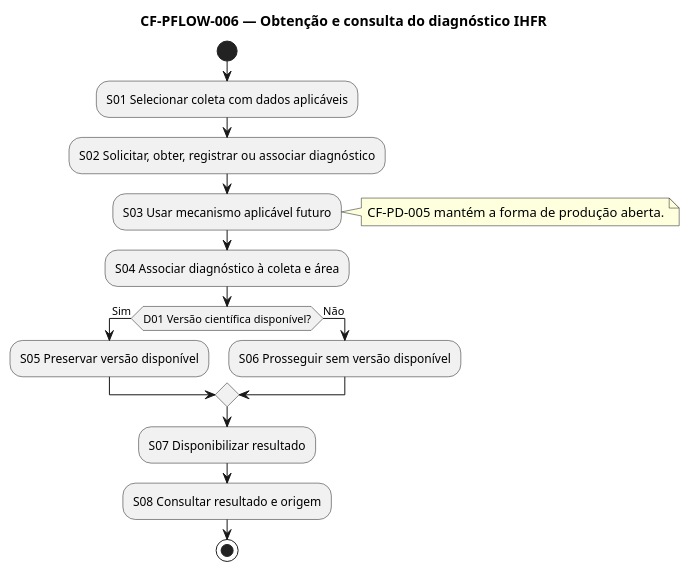
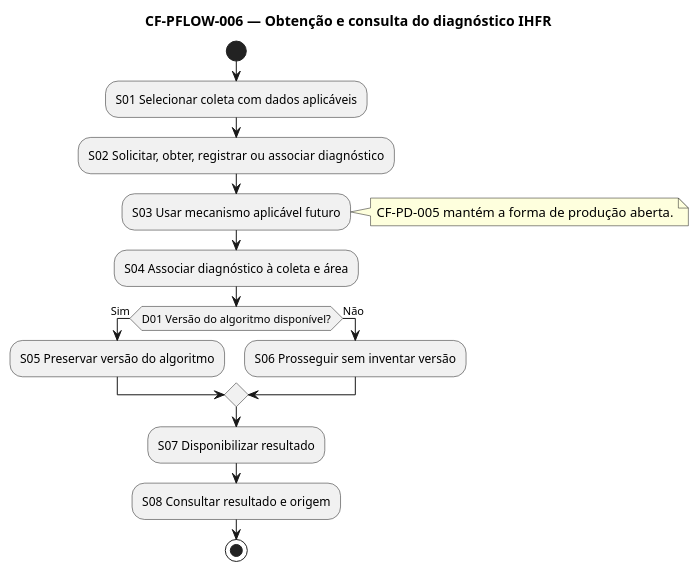
The sixth of 7 diagrams in docs/code-first-prd/diagrams/plantuml/product-flows.puml (PedroVitor237/HidroFlorestas), drawn with PlantUML before and after one commit. The commit also changed 14 other files, not shown here.

```diff
--- a/docs/code-first-prd/diagrams/plantuml/product-flows.puml
+++ b/docs/code-first-prd/diagrams/plantuml/product-flows.puml
@@ -91,19 +91,19 @@
 @startuml CF-PFLOW-006
 title CF-PFLOW-006 — Obtenção e consulta do diagnóstico IHFR
 start
 :S01 Selecionar coleta com dados aplicáveis;
 :S02 Solicitar, obter, registrar ou associar diagnóstico;
 :S03 Usar mecanismo aplicável futuro;
 note right
   CF-PD-005 mantém a forma de produção aberta.
 end note
 :S04 Associar diagnóstico à coleta e área;
-if (D01 Versão científica disponível?) then (Sim)
-  :S05 Preservar versão disponível;
+if (D01 Versão do algoritmo disponível?) then (Sim)
+  :S05 Preservar versão do algoritmo;
 else (Não)
-  :S06 Prosseguir sem versão disponível;
+  :S06 Prosseguir sem inventar versão;
 endif
 :S07 Disponibilizar resultado;
 :S08 Consultar resultado e origem;
 stop
 @enduml
```
